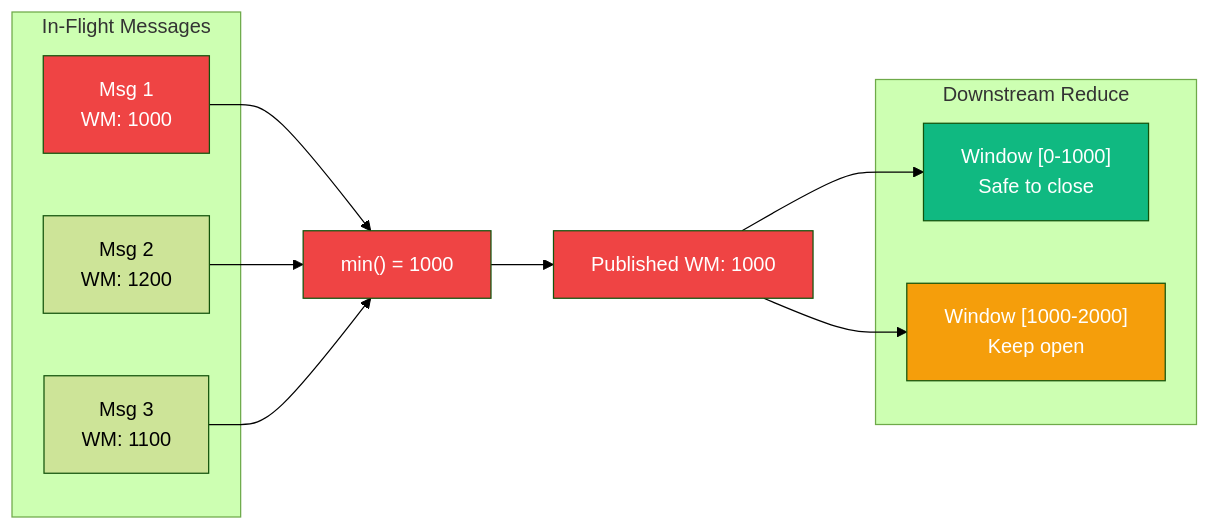
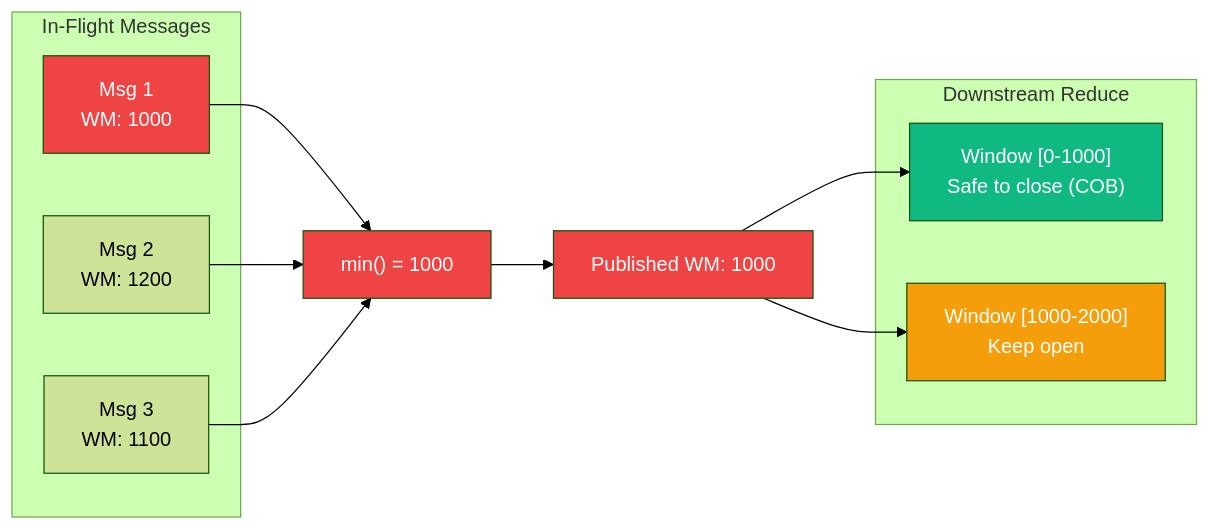
The fifth of 8 diagrams in docs/core-concepts/streaming.md (numaproj/numaflow), drawn with Mermaid (forest theme) before and after one commit. The commit also changed other lines of this file and 1 other file, not shown here.

````diff
--- a/docs/core-concepts/streaming.md
+++ b/docs/core-concepts/streaming.md
@@ -214,24 +218,24 @@
 ```mermaid
 flowchart LR
     subgraph "In-Flight Messages"
         M1["Msg 1<br/>WM: 1000"]
         M2["Msg 2<br/>WM: 1200"]
         M3["Msg 3<br/>WM: 1100"]
     end
     
     M1 & M2 & M3 --> MIN["min() = 1000"]
     MIN --> PUB["Published WM: 1000"]
     
     subgraph "Downstream Reduce"
-        W1["Window [0-1000]<br/>Safe to close"]
+        W1["Window [0-1000]<br/>Safe to close (COB)"]
         W2["Window [1000-2000]<br/>Keep open"]
     end
     
     PUB --> W1 & W2
     
     style M1 fill:#ef4444,color:#fff
     style MIN fill:#ef4444,color:#fff
     style PUB fill:#ef4444,color:#fff
     style W1 fill:#10b981,color:#fff
     style W2 fill:#f59e0b,color:#fff
 ```
````
